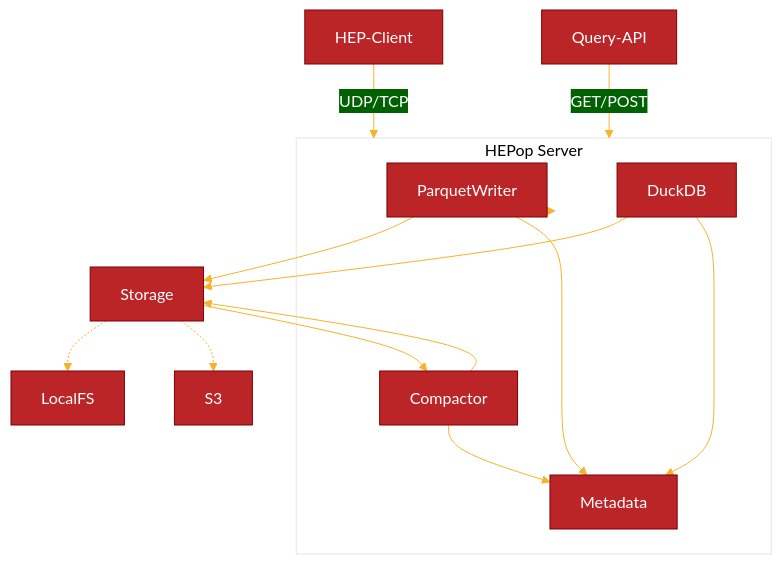
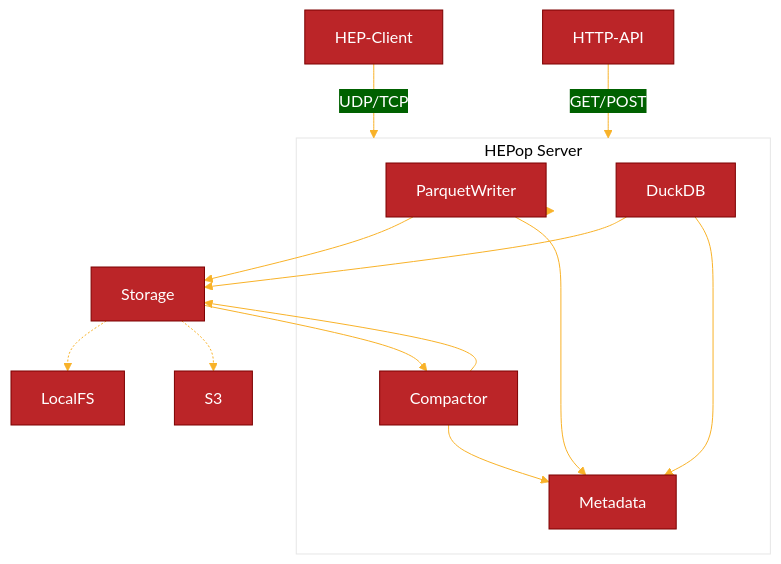
The diagram in README.md (sipcapture/HEPop), drawn with Mermaid before and after one commit. The commit also changed other lines of this file, not shown here.

````diff
--- a/README.md
+++ b/README.md
@@ -22,37 +22,37 @@
 ```mermaid
 %%{
   init: {
     'theme': 'base',
     'themeVariables': {
       'primaryColor': '#BB2528',
       'primaryTextColor': '#fff',
       'primaryBorderColor': '#7C0000',
       'lineColor': '#F8B229',
       'secondaryColor': '#006100',
       'tertiaryColor': '#fff'
     }
   }
 }%%
 
   graph TD;
       HEP-Client-- UDP/TCP -->HEPop;
       HEPop-->ParquetWriter;
       ParquetWriter-->Storage;
       ParquetWriter-->Metadata;
       Storage-->Compactor;
       Compactor-->Storage;
       Compactor-->Metadata;
       Storage-.->LocalFS;
       Storage-.->S3;
-      Query-API-- GET/POST --> HEPop;
+      HTTP-API-- GET/POST --> HEPop;
       DuckDB-->Storage;
       DuckDB-->Metadata;
 
       subgraph HEPop[HEPop Server]
         ParquetWriter
         Compactor
         Metadata;
         DuckDB;
       end
 
 ```
````
